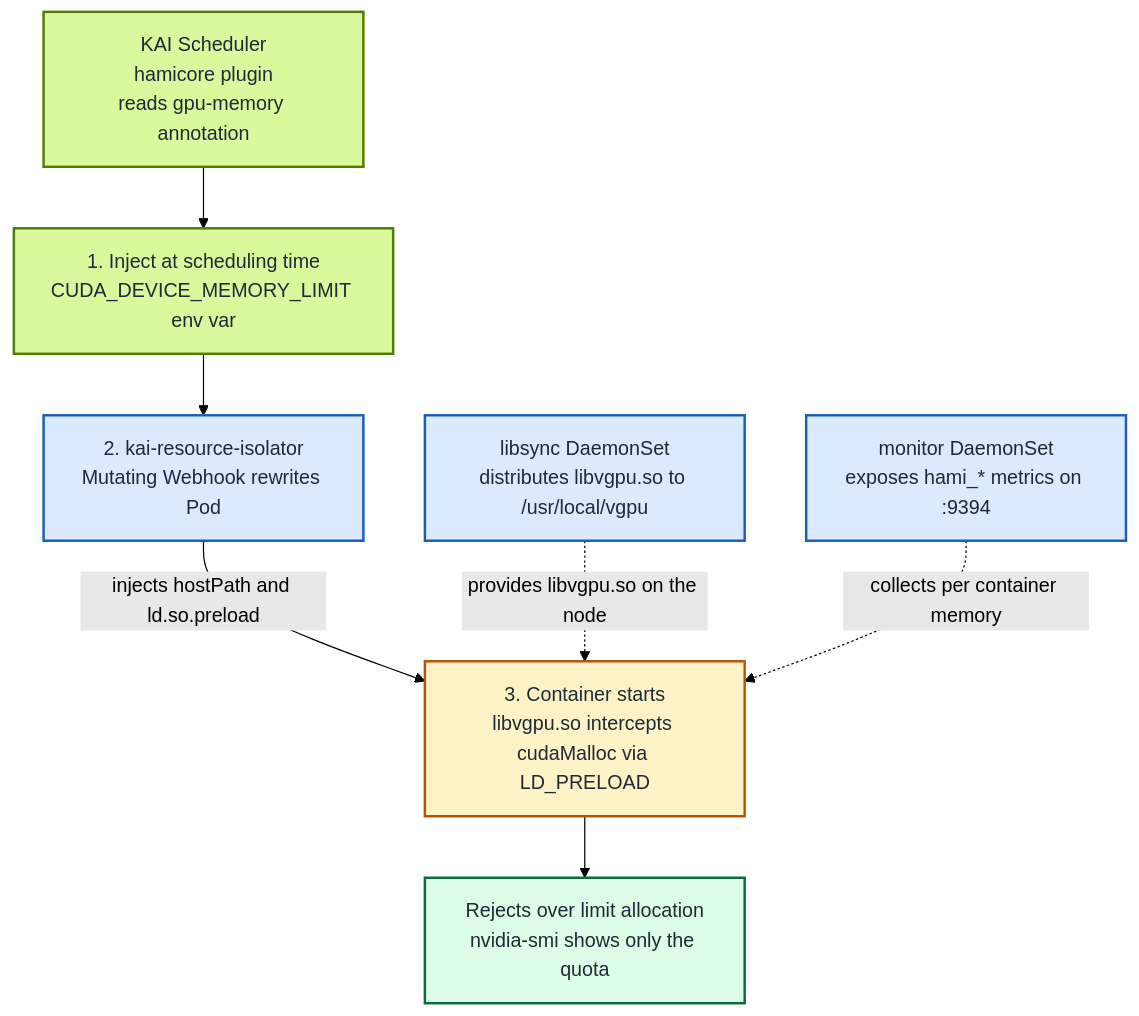
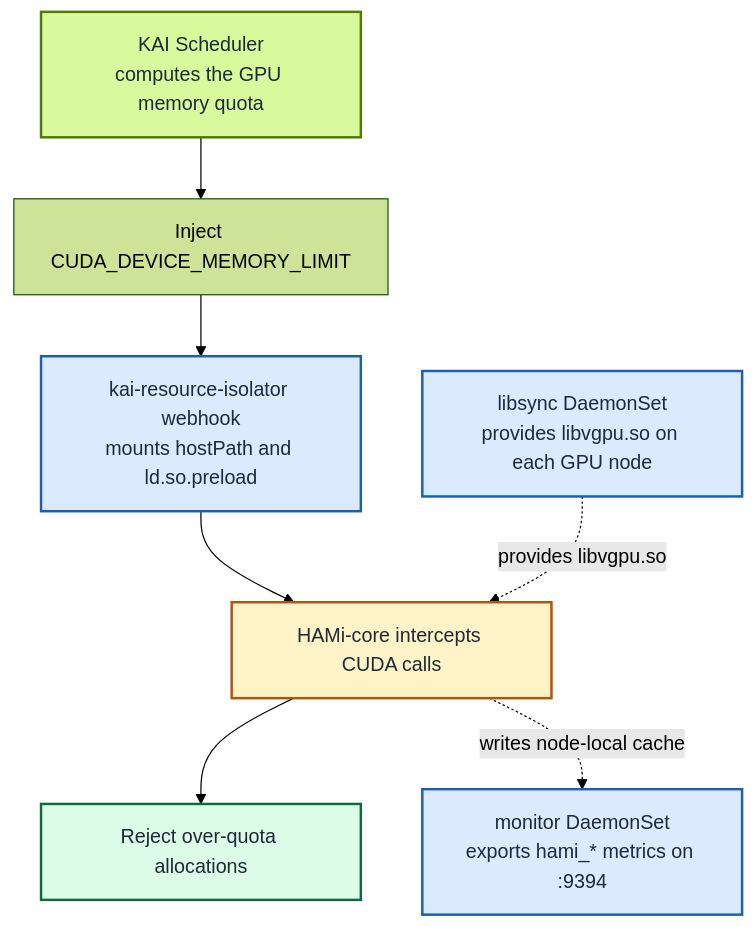
The diagram in blog/kai-scheduler-hami-gpu-memory-hard-isolation/index.md (Project-HAMi/website), drawn with Mermaid (forest theme) before and after one commit. The commit also changed other lines of this file and 3 other files, not shown here.

First line of the commit message:
docs(tutorials): update kai-scheduler-hami-gke documentation with verified outputs and notes

````diff
--- a/blog/kai-scheduler-hami-gpu-memory-hard-isolation/index.md
+++ b/blog/kai-scheduler-hami-gpu-memory-hard-isolation/index.md
@@ -97,24 +29,22 @@
 ```mermaid
-%% title: Three step cooperation between KAI Scheduler and kai-resource-isolator
+%% title: KAI Scheduler and HAMi-core isolation path
 graph TD
-    KAI["KAI Scheduler<br/>hamicore plugin<br/>reads gpu-memory annotation"]
-    ENV["1. Inject at scheduling time<br/>CUDA_DEVICE_MEMORY_LIMIT env var"]
-    ISO["2. kai-resource-isolator<br/>Mutating Webhook rewrites Pod"]
-    LIB["libsync DaemonSet<br/>distributes libvgpu.so to /usr/local/vgpu"]
-    MON["monitor DaemonSet<br/>exposes hami_* metrics on :9394"]
-    RUN["3. Container starts<br/>libvgpu.so intercepts cudaMalloc via LD_PRELOAD"]
-    ENF["Rejects over limit allocation<br/>nvidia-smi shows only the quota"]
+    KAI["KAI Scheduler<br/>computes the GPU memory quota"]
+    ENV["Inject CUDA_DEVICE_MEMORY_LIMIT"]
+    WEBHOOK["kai-resource-isolator webhook<br/>mounts hostPath and ld.so.preload"]
+    LIB["libsync DaemonSet<br/>provides libvgpu.so on each GPU node"]
+    RUN["HAMi-core intercepts CUDA calls"]
+    ENF["Reject over-quota allocations"]
+    MON["monitor DaemonSet<br/>exports hami_* metrics on :9394"]
 
-    KAI --> ENV --> ISO
-    ISO -->|"injects hostPath and ld.so.preload"| RUN --> ENF
-    LIB -. "provides libvgpu.so on the node" .-> RUN
-    MON -. "collects per container memory" .-> RUN
+    KAI --> ENV --> WEBHOOK --> RUN --> ENF
+    LIB -. "provides libvgpu.so" .-> RUN
+    RUN -. "writes node-local cache" .-> MON
 
     style KAI fill:#d9f99d,stroke:#4f7d00,stroke-width:2px,color:#1f2937
-    style ENV fill:#d9f99d,stroke:#4f7d00,stroke-width:2px,color:#1f2937
-    style ISO fill:#dbeafe,stroke:#1a5fb4,stroke-width:2px,color:#1f2937
+    style WEBHOOK fill:#dbeafe,stroke:#1a5fb4,stroke-width:2px,color:#1f2937
     style LIB fill:#dbeafe,stroke:#1a5fb4,stroke-width:2px,color:#1f2937
-    style MON fill:#dbeafe,stroke:#1a5fb4,stroke-width:2px,color:#1f2937
     style RUN fill:#fef3c7,stroke:#b45309,stroke-width:2px,color:#1f2937
     style ENF fill:#dcfce7,stroke:#0b6b3c,stroke-width:2px,color:#1f2937
+    style MON fill:#dbeafe,stroke:#1a5fb4,stroke-width:2px,color:#1f2937
 ```
````
